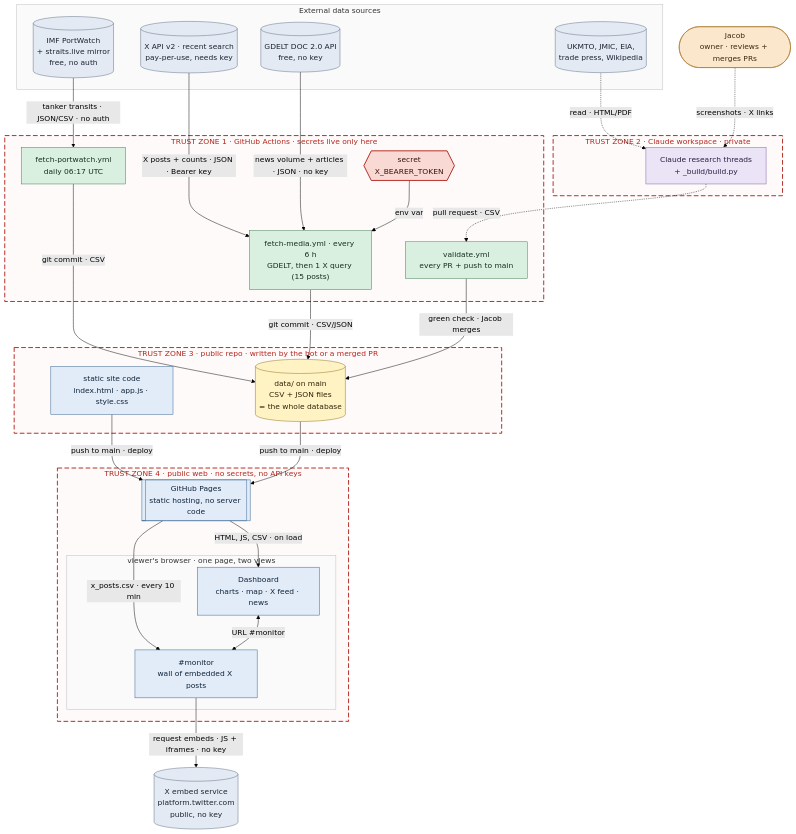
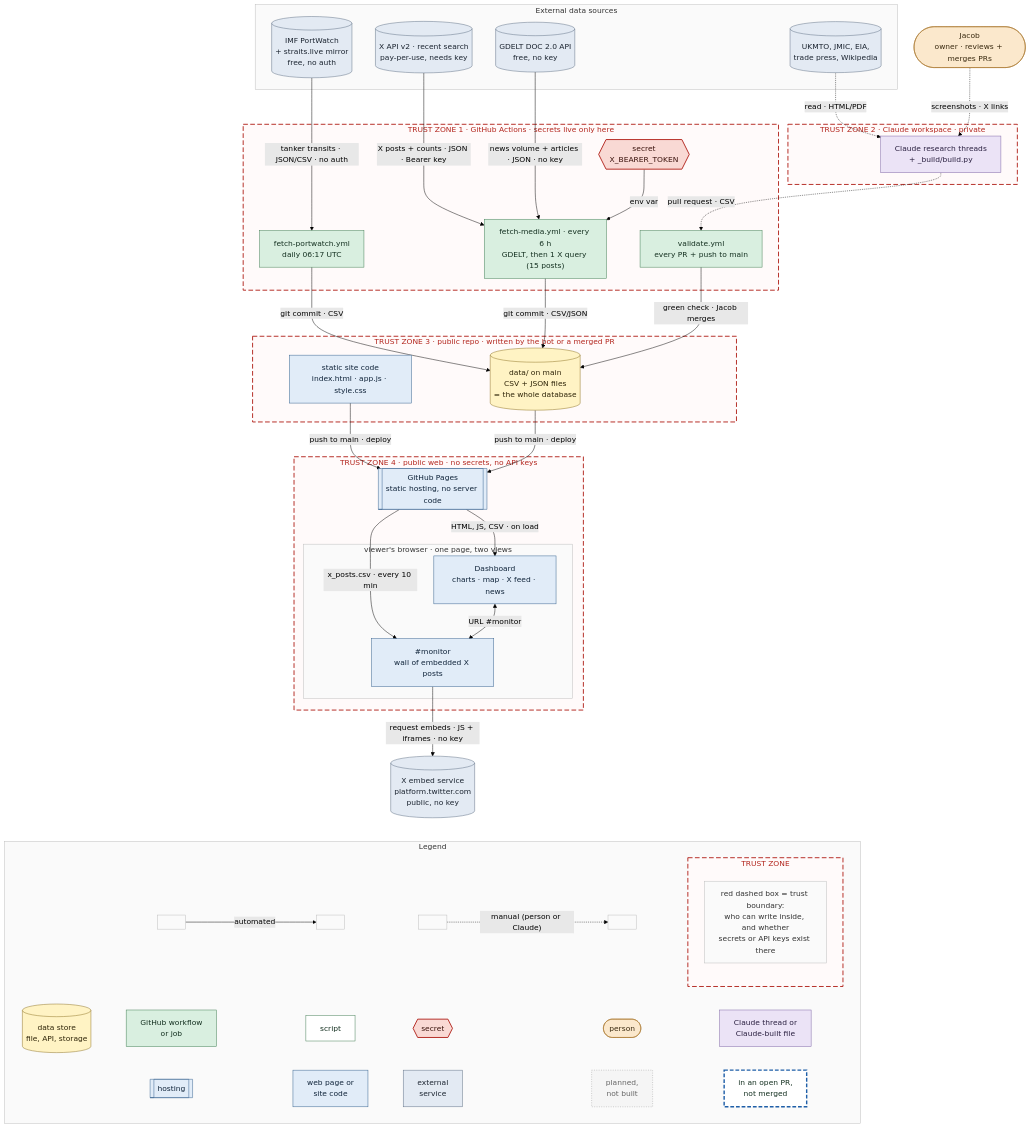
Before and after one commit to jjmargolis/Straight-Tracker: the diagram in docs/architecture/01-overview.mmd, drawn with Mermaid (forest theme). The commit also changed 1 other file, not shown here.

Commit message:
Docs: put the legend inside the overview diagram

```diff
--- a/docs/architecture/01-overview.mmd
+++ b/docs/architecture/01-overview.mmd
@@ -1,76 +1,102 @@
 %% 1. Overview: trust zones and the main data path.
 %% Mermaid source. Render with ./render.sh (ELK layout, right-angle edges).
 %% Edge labels: what · format · cadence · auth. Shapes, colours and line styles: see 00-legend.mmd.
 flowchart TB
   subgraph SRC["External data sources"]
     PW[("IMF PortWatch<br/>+ straits.live mirror<br/>free, no auth")]
     XA[("X API v2 · recent search<br/>pay-per-use, needs key")]
     GD[("GDELT DOC 2.0 API<br/>free, no key")]
     REP[("UKMTO, JMIC, EIA,<br/>trade press, Wikipedia")]
   end
   J(["Jacob<br/>owner · reviews + merges PRs"])
 
   subgraph Z1["TRUST ZONE 1 · GitHub Actions · secrets live only here"]
     PWJ["fetch-portwatch.yml<br/>daily 06:17 UTC"]
     SEC{{"secret<br/>X_BEARER_TOKEN"}}
     MEDIA["fetch-media.yml · every 6 h<br/>GDELT, then 1 X query (15 posts)"]
     VAL["validate.yml<br/>every PR + push to main"]
   end
 
   subgraph Z2["TRUST ZONE 2 · Claude workspace · private"]
     CL["Claude research threads<br/>+ _build/build.py"]
   end
 
   subgraph Z3["TRUST ZONE 3 · public repo · written by the bot or a merged PR"]
     SITE["static site code<br/>index.html · app.js · style.css"]
     DATA[("data/ on main<br/>CSV + JSON files<br/>= the whole database")]
   end
 
   subgraph Z4["TRUST ZONE 4 · public web · no secrets, no API keys"]
     PAGES[["GitHub Pages<br/>static hosting, no server code"]]
     subgraph BR["viewer's browser · one page, two views"]
       DASH["Dashboard<br/>charts · map · X feed · news"]
       MON["#monitor<br/>wall of embedded X posts"]
     end
   end
   XEMB[("X embed service<br/>platform.twitter.com<br/>public, no key")]
 
+  subgraph LEG["Legend"]
+    direction LR
+    a1[("data store<br/>file, API, storage")] ~~~ a2["GitHub workflow<br/>or job"] ~~~ a3["script"] ~~~ a4{{"secret"}} ~~~ a5(["person"]) ~~~ a6["Claude thread or<br/>Claude-built file"]
+    a7[["hosting"]] ~~~ a8["web page or<br/>site code"] ~~~ a9["external<br/>service"] ~~~ a10["planned,<br/>not built"] ~~~ a11["in an open PR,<br/>not merged"]
+    b1[" "] -->|"automated"| b2[" "] ~~~ c1[" "] -.->|"manual (person or Claude)"| c2[" "]
+    subgraph ZONE["TRUST ZONE"]
+      z1["red dashed box = trust boundary:<br/>who can write inside, and whether<br/>secrets or API keys exist there"]
+    end
+    c2 ~~~ ZONE
+  end
+
+  XEMB ~~~ LEG
   PW -->|"tanker transits · JSON/CSV · no auth"| PWJ
   XA -->|"X posts + counts · JSON · Bearer key"| MEDIA
   GD -->|"news volume + articles · JSON · no key"| MEDIA
   SEC -->|"env var"| MEDIA
   REP -.->|"read · HTML/PDF"| CL
   J -.->|"screenshots · X links"| CL
   CL -.->|"pull request · CSV"| VAL
   PWJ -->|"git commit · CSV"| DATA
   MEDIA -->|"git commit · CSV/JSON"| DATA
   VAL -->|"green check · Jacob merges"| DATA
   SITE -->|"push to main · deploy"| PAGES
   DATA -->|"push to main · deploy"| PAGES
   PAGES -->|"HTML, JS, CSV · on load"| DASH
   PAGES -->|"x_posts.csv · every 10 min"| MON
   DASH <-->|"URL #monitor"| MON
   MON -->|"request embeds · JS + iframes · no key"| XEMB
 
   classDef ext fill:#e3eaf3,stroke:#5a6b80,color:#1b2430
   classDef human fill:#fbe8cc,stroke:#a8742a,color:#3a2a10
   classDef claude fill:#ebe3f6,stroke:#7a62a3,color:#2a2040
   classDef job fill:#d9efe0,stroke:#3d7a4f,color:#143020
   classDef script fill:#ffffff,stroke:#3d7a4f,color:#143020
   classDef data fill:#fff3c4,stroke:#8a6d1f,color:#2e2408
   classDef site fill:#e1ecf8,stroke:#2f5d8a,color:#10243a
   classDef secret fill:#f9d9d4,stroke:#b3261e,color:#3a120c,stroke-width:2px
   classDef pending stroke:#1f5fa8,stroke-width:3px,stroke-dasharray:8 4
   classDef planned fill:#f5f5f5,stroke:#999999,color:#666666,stroke-dasharray:2 3
   classDef note fill:#fff7d6,stroke:#c9a227,color:#3a2e08
   classDef zone fill:#fffafa,stroke:#b3261e,stroke-width:2px,stroke-dasharray:10 5,color:#b3261e
   classDef group fill:#fafafa,stroke:#bbbbbb,color:#333333
   class PW,XA,GD,REP,XEMB ext
   class J human
   class CL claude
   class PWJ,MEDIA,VAL job
   class DATA data
   class SITE,PAGES,DASH,MON site
   class SEC secret
   class Z1,Z2,Z3,Z4 zone
-  class SRC,BR group
+  class SRC,BR,LEG group
+  class a1 data
+  class a2 job
+  class a3 script
+  class a4 secret
+  class a5 human
+  class a6 claude
+  class a7,a8 site
+  class a9 ext
+  class a10 planned
+  class a11 script
+  class a11 pending
+  class b1,b2,c1,c2 group
+  class ZONE zone
+  class z1 group
```
